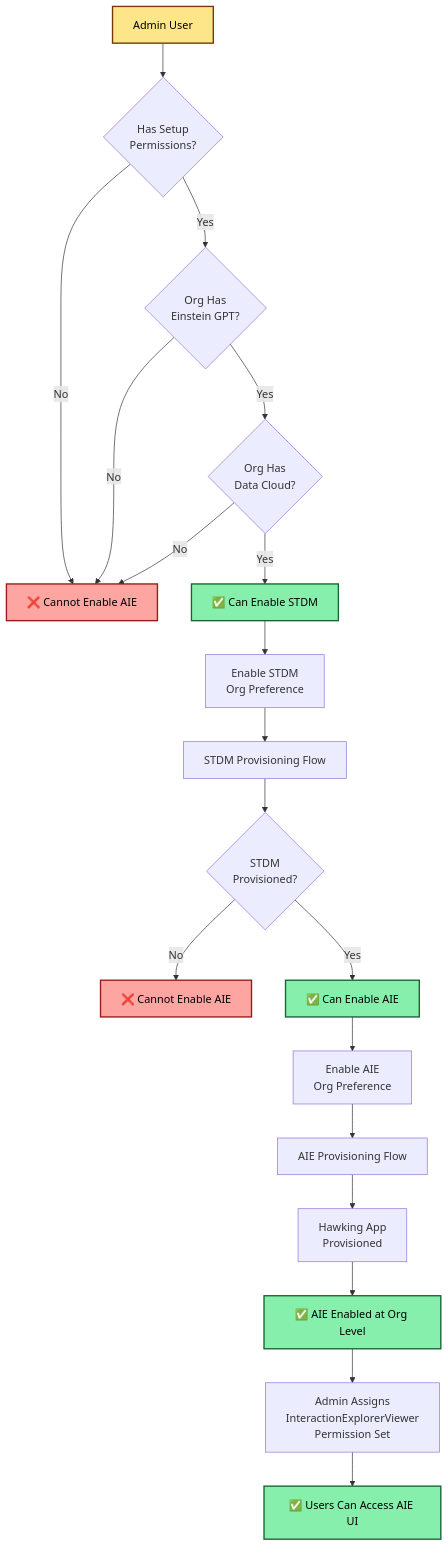
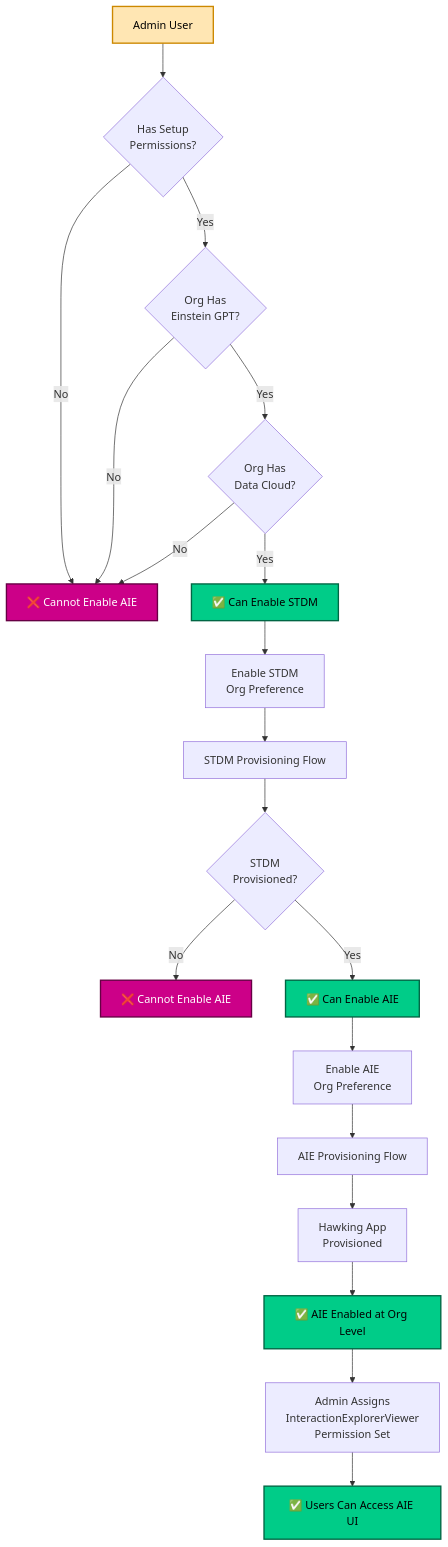
Before and after one commit to arupsarkar-sfdc/Misc: diagram 11 of 11 in agentforce/observability/README_Agentforce_Observability_System_Architecture.md, drawn with Mermaid. The commit also changed other lines of this file, not shown here.

Commit message:
Updated color scheme of all diagrams

````diff
--- a/agentforce/observability/README_Agentforce_Observability_System_Architecture.md
+++ b/agentforce/observability/README_Agentforce_Observability_System_Architecture.md
@@ -1258,32 +1258,32 @@
 ```mermaid
 graph TD
     A[Admin User] --> B{Has Setup<br/>Permissions?}
     B -->|No| FAIL1[❌ Cannot Enable AIE]
     B -->|Yes| C{Org Has<br/>Einstein GPT?}
     C -->|No| FAIL1
     C -->|Yes| D{Org Has<br/>Data Cloud?}
     D -->|No| FAIL1
     D -->|Yes| E[✅ Can Enable STDM]
     
     E --> F[Enable STDM<br/>Org Preference]
     F --> G[STDM Provisioning Flow]
     G --> H{STDM<br/>Provisioned?}
     H -->|No| FAIL2[❌ Cannot Enable AIE]
     H -->|Yes| I[✅ Can Enable AIE]
     
     I --> J[Enable AIE<br/>Org Preference]
     J --> K[AIE Provisioning Flow]
     K --> L[Hawking App<br/>Provisioned]
     L --> M[✅ AIE Enabled at Org Level]
     
     M --> N[Admin Assigns<br/>InteractionExplorerViewer<br/>Permission Set]
     N --> O[✅ Users Can Access AIE UI]
     
-    style A fill:#fde68a,stroke:#78350f,stroke-width:2px,color:#000
-    style E fill:#86efac,stroke:#166534,stroke-width:2px,color:#000
-    style I fill:#86efac,stroke:#166534,stroke-width:2px,color:#000
-    style M fill:#86efac,stroke:#166534,stroke-width:2px,color:#000
-    style O fill:#86efac,stroke:#166534,stroke-width:2px,color:#000
-    style FAIL1 fill:#fca5a1,stroke:#991b1b,stroke-width:2px,color:#000
-    style FAIL2 fill:#fca5a1,stroke:#991b1b,stroke-width:2px,color:#000
+    style A fill:#FFE6B3,stroke:#CC8800,stroke-width:2px,color:#000
+    style E fill:#00CC88,stroke:#006644,stroke-width:2px,color:#000
+    style I fill:#00CC88,stroke:#006644,stroke-width:2px,color:#000
+    style M fill:#00CC88,stroke:#006644,stroke-width:2px,color:#000
+    style O fill:#00CC88,stroke:#006644,stroke-width:2px,color:#000
+    style FAIL1 fill:#CC0088,stroke:#660044,stroke-width:2px,color:#FFF
+    style FAIL2 fill:#CC0088,stroke:#660044,stroke-width:2px,color:#FFF
 ```
````
